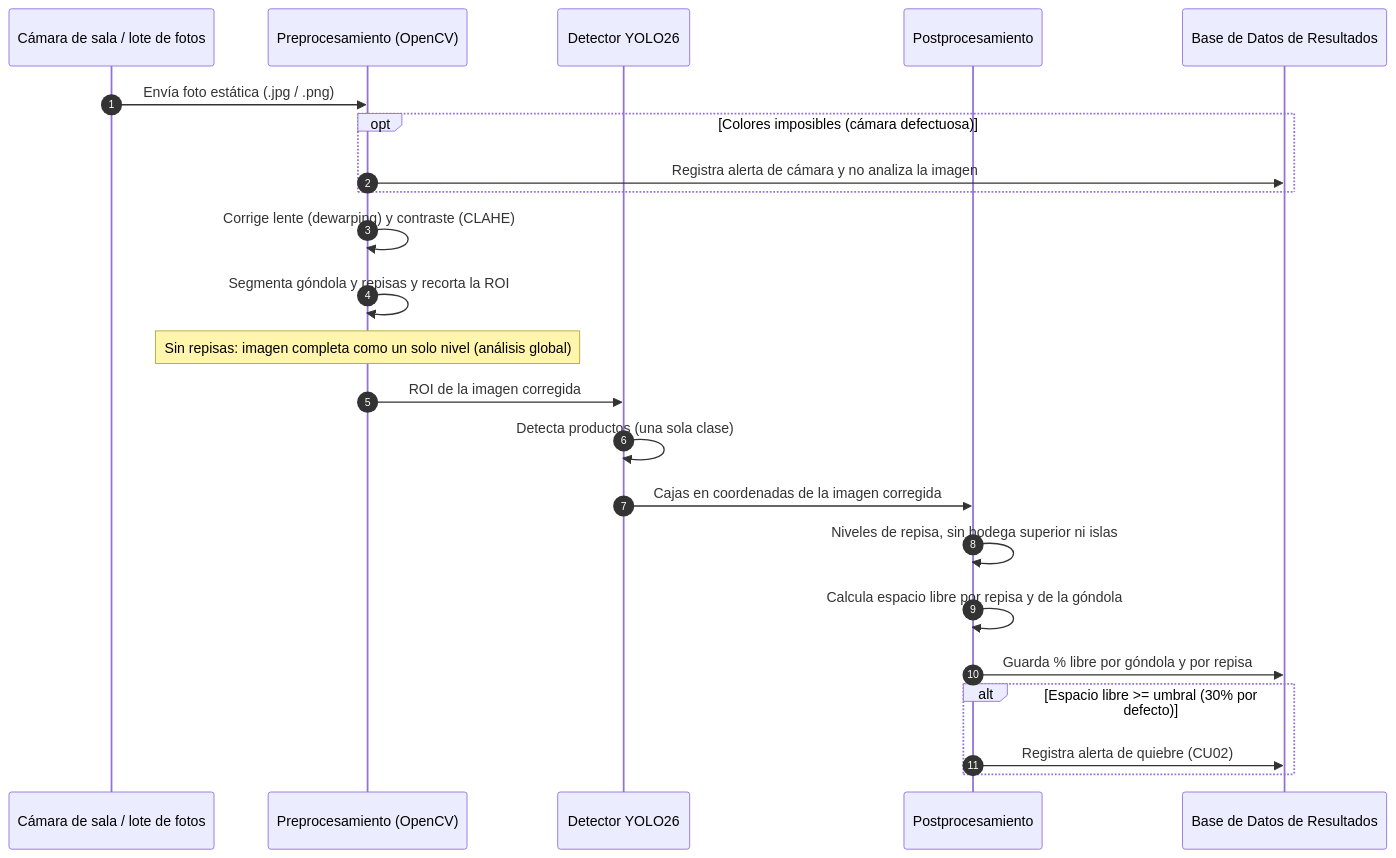
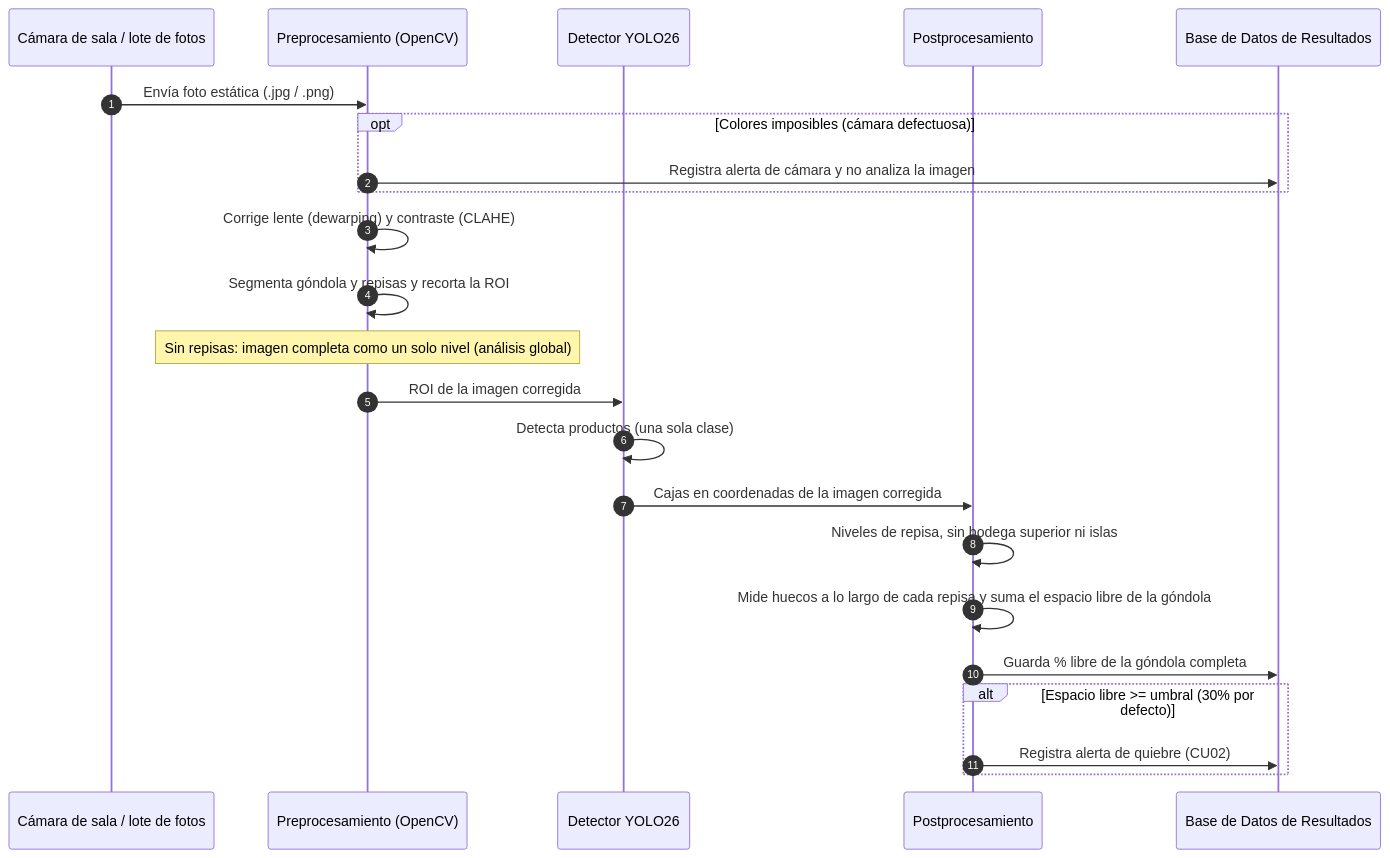
Before and after one commit to marianapeachy/capstone: the diagram in Anexos/Diseño/Diagramas fuente (Mermaid)/Diagrama C.U 01.mmd, drawn with Mermaid. The commit also changed 26 other files, not shown here.

```diff
--- a/Anexos/Diseño/Diagramas fuente (Mermaid)/Diagrama C.U 01.mmd
+++ b/Anexos/Diseño/Diagramas fuente (Mermaid)/Diagrama C.U 01.mmd
@@ -1,23 +1,23 @@
 sequenceDiagram
     autonumber
     participant Cam as Cámara de sala / lote de fotos
     participant Pre as Preprocesamiento (OpenCV)
     participant Det as Detector YOLO26
     participant Post as Postprocesamiento
     participant BD as Base de Datos de Resultados
     Cam->>Pre: Envía foto estática (.jpg / .png)
     opt Colores imposibles (cámara defectuosa)
         Pre->>BD: Registra alerta de cámara y no analiza la imagen
     end
     Pre->>Pre: Corrige lente (dewarping) y contraste (CLAHE)
     Pre->>Pre: Segmenta góndola y repisas y recorta la ROI
     Note over Pre: Sin repisas: imagen completa como un solo nivel (análisis global)
     Pre->>Det: ROI de la imagen corregida
     Det->>Det: Detecta productos (una sola clase)
     Det->>Post: Cajas en coordenadas de la imagen corregida
     Post->>Post: Niveles de repisa, sin bodega superior ni islas
-    Post->>Post: Calcula espacio libre por repisa y de la góndola
-    Post->>BD: Guarda % libre por góndola y por repisa
+    Post->>Post: Mide huecos a lo largo de cada repisa y suma el espacio libre de la góndola
+    Post->>BD: Guarda % libre de la góndola completa
     alt Espacio libre >= umbral (30% por defecto)
         Post->>BD: Registra alerta de quiebre (CU02)
     end
```
